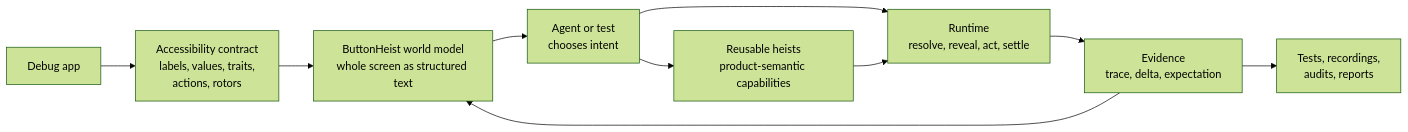
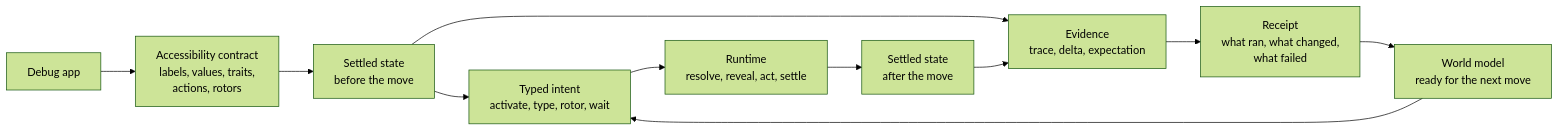
The diagram in README.md (RoyalPineapple/TheButtonHeist), drawn with Mermaid (forest theme) before and after one commit. The commit also changed other lines of this file, not shown here.

Commit message:
Refine README product narrative

````diff
--- a/README.md
+++ b/README.md
@@ -26,21 +55,23 @@
 ```mermaid
 flowchart LR
     App["Debug app"]
     AX["Accessibility contract<br/>labels, values, traits,<br/>actions, rotors"]
-    Model["ButtonHeist world model<br/>whole screen as structured text"]
-    Intent["Agent or test<br/>chooses intent"]
-    Heist["Reusable heists<br/>product-semantic capabilities"]
+    Before["Settled state<br/>before the move"]
+    Intent["Typed intent<br/>activate, type, rotor, wait"]
     Runtime["Runtime<br/>resolve, reveal, act, settle"]
+    After["Settled state<br/>after the move"]
     Evidence["Evidence<br/>trace, delta, expectation"]
-    Output["Tests, recordings,<br/>audits, reports"]
+    Receipt["Receipt<br/>what ran, what changed,<br/>what failed"]
+    Model["World model<br/>ready for the next move"]
 
     App --> AX
-    AX --> Model
+    AX --> Before
+    Before --> Intent
+    Intent --> Runtime
+    Runtime --> After
+    Before --> Evidence
+    After --> Evidence
+    Evidence --> Receipt
+    Receipt --> Model
     Model --> Intent
-    Intent --> Runtime
-    Intent --> Heist
-    Heist --> Runtime
-    Runtime --> Evidence
-    Evidence --> Model
-    Evidence --> Output
 ```
````
